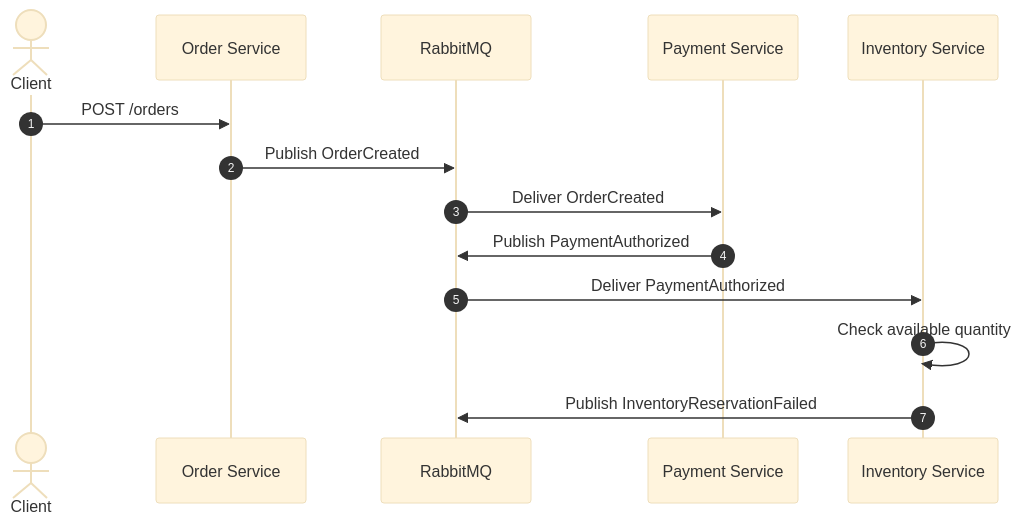
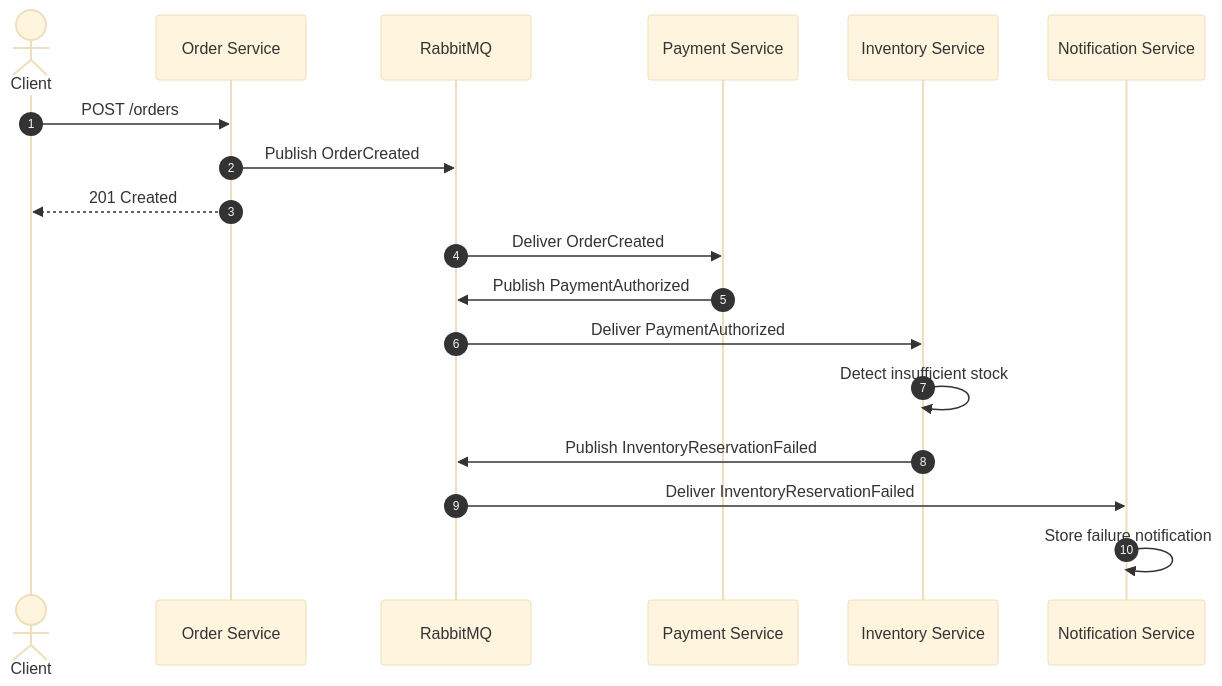
Before and after one commit to kris7011/commerce-flow: the third of 3 diagrams in README.md, drawn with Mermaid (base theme). The commit also changed other lines of this file, not shown here.

````diff
--- a/README.md
+++ b/README.md
@@ -224,20 +372,25 @@
 ```mermaid
 sequenceDiagram
     autonumber
 
     actor Client
     participant Order as Order Service
     participant Broker as RabbitMQ
     participant Payment as Payment Service
     participant Inventory as Inventory Service
+    participant Notification as Notification Service
 
     Client->>Order: POST /orders
     Order->>Broker: Publish OrderCreated
+    Order-->>Client: 201 Created
 
     Broker->>Payment: Deliver OrderCreated
     Payment->>Broker: Publish PaymentAuthorized
 
     Broker->>Inventory: Deliver PaymentAuthorized
-    Inventory->>Inventory: Check available quantity
+    Inventory->>Inventory: Detect insufficient stock
     Inventory->>Broker: Publish InventoryReservationFailed
+
+    Broker->>Notification: Deliver InventoryReservationFailed
+    Notification->>Notification: Store failure notification
 ```
````
